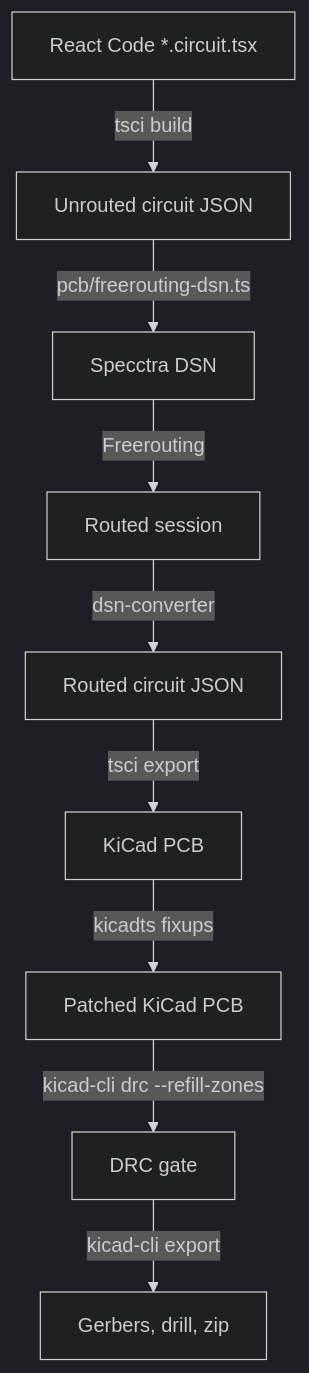
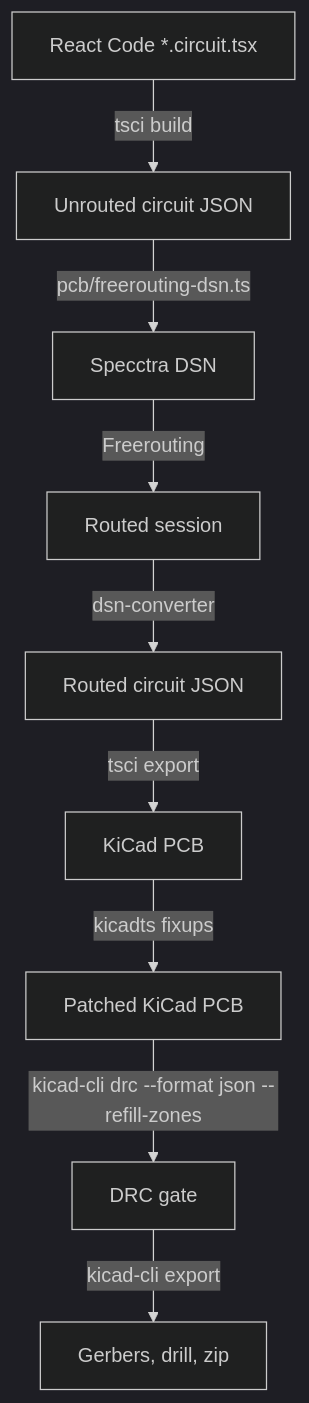
Before and after one commit to jbsohn/lokey-7800-ym2149: the diagram in docs/PCB.md, drawn with Mermaid (dark theme). The commit also changed other lines of this file and 1 other file, not shown here.

Commit message:
use JSON for DRC

````diff
--- a/docs/PCB.md
+++ b/docs/PCB.md
@@ -21,11 +21,11 @@
 ```mermaid
 graph TD
     A[React Code *.circuit.tsx] -->|tsci build| B[Unrouted circuit JSON]
     B -->|pcb/freerouting-dsn.ts| C[Specctra DSN]
     C -->|Freerouting| D[Routed session]
     D -->|dsn-converter| E[Routed circuit JSON]
     E -->|tsci export| F[KiCad PCB]
     F -->|kicadts fixups| G[Patched KiCad PCB]
-    G -->|kicad-cli drc --refill-zones| H[DRC gate]
+    G -->|kicad-cli drc --format json --refill-zones| H[DRC gate]
     H -->|kicad-cli export| I[Gerbers, drill, zip]
 ```
````
